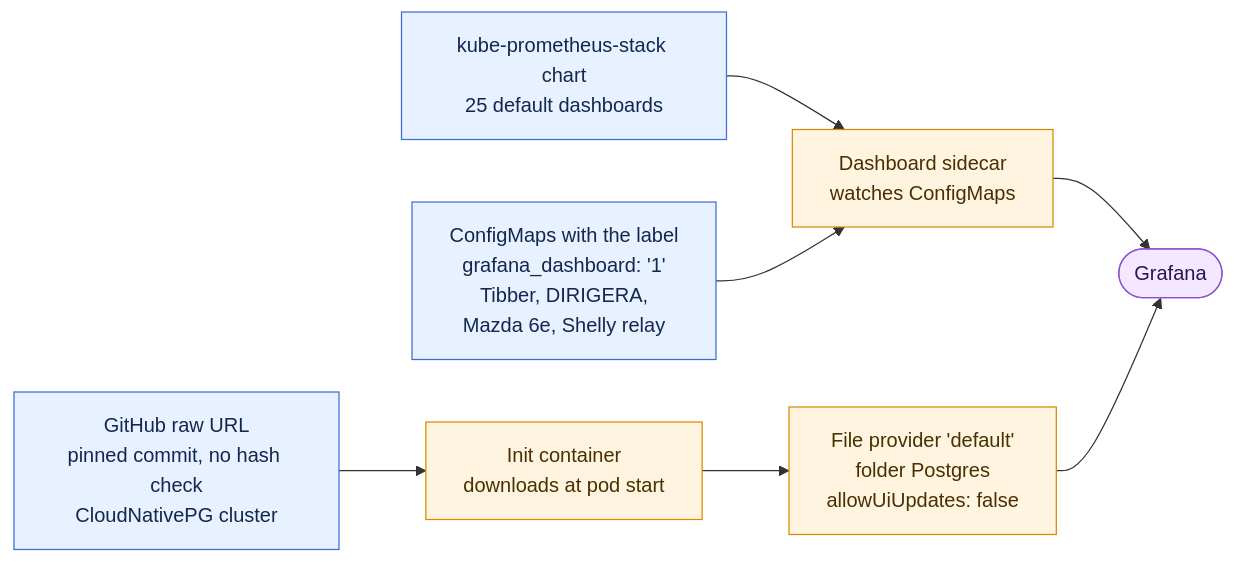
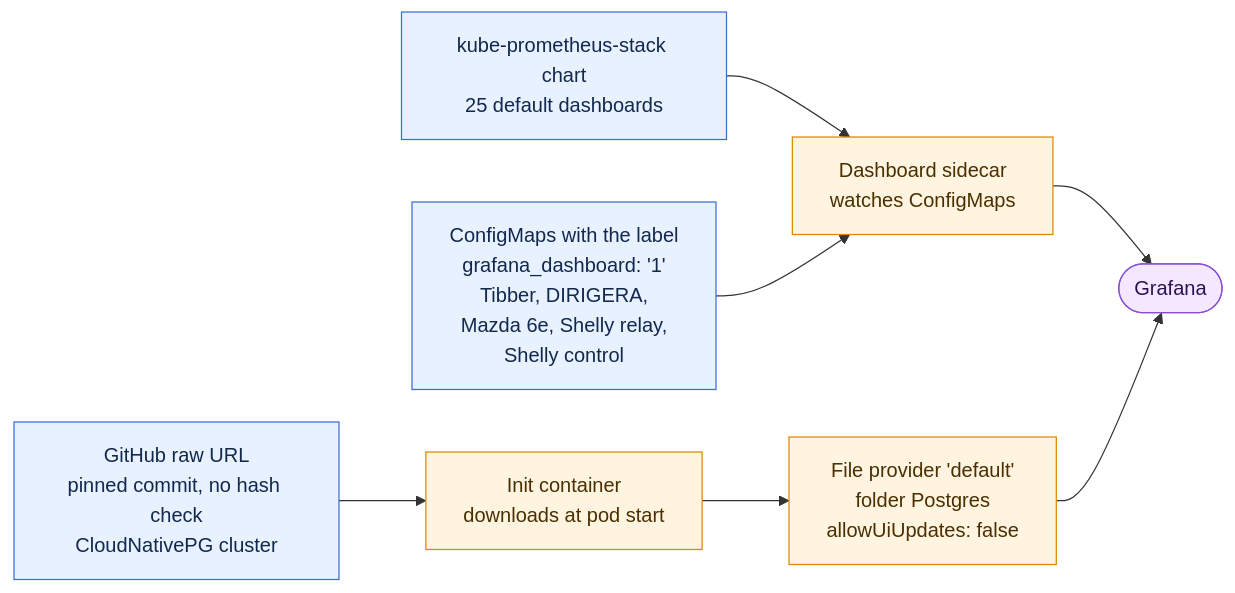
One commit to Yornik/sharkshere-gitops changed the second of 3 diagrams in docs/tech/monitoring.md. Above: the diagram before and after it, drawn with Mermaid. The commit also changed other lines of this file and 20 other files, not shown here.

````diff
--- a/docs/tech/monitoring.md
+++ b/docs/tech/monitoring.md
@@ -328,22 +333,22 @@
 ```mermaid
 flowchart LR
   classDef src fill:#e8f1ff,stroke:#3b6fd4,color:#12284c
   classDef mech fill:#fff4e0,stroke:#d98a00,color:#4a2f00
   classDef ui fill:#f3e8ff,stroke:#8a4fd1,color:#2d1250
 
   Chart["kube-prometheus-stack chart<br/>25 default dashboards"]:::src
-  CM["ConfigMaps with the label<br/>grafana_dashboard: '1'<br/>Tibber, DIRIGERA,<br/>Mazda 6e, Shelly relay"]:::src
+  CM["ConfigMaps with the label<br/>grafana_dashboard: '1'<br/>Tibber, DIRIGERA,<br/>Mazda 6e, Shelly relay,<br/>Shelly control"]:::src
   URL["GitHub raw URL<br/>pinned commit, no hash check<br/>CloudNativePG cluster"]:::src
 
   Side["Dashboard sidecar<br/>watches ConfigMaps"]:::mech
   Init["Init container<br/>downloads at pod start"]:::mech
   Prov["File provider 'default'<br/>folder Postgres<br/>allowUiUpdates: false"]:::mech
 
   Graf(["Grafana"]):::ui
 
   Chart --> Side
   CM --> Side
   URL --> Init --> Prov
   Side --> Graf
   Prov --> Graf
 ```
````
